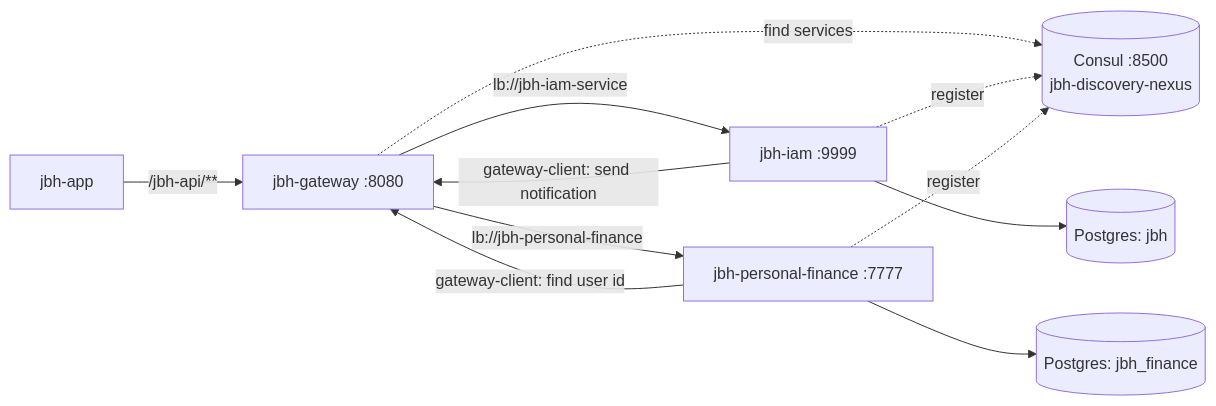
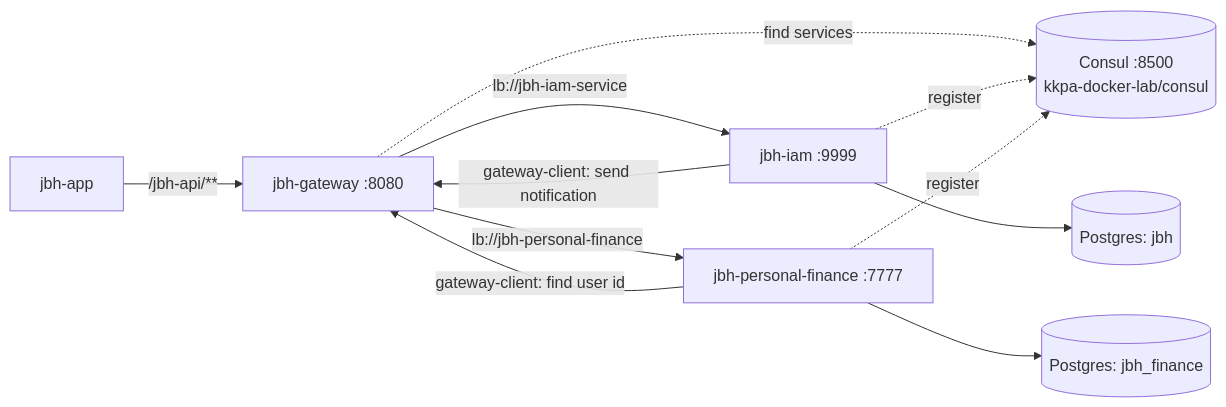
Before and after one commit to kkpa-jbh/jbh-deploy: the diagram in README.md, drawn with Mermaid. The commit also changed other lines of this file and 5 other files, not shown here.

First line of the commit message:
docs: local Consul moved to kkpa-docker-lab

````diff
--- a/README.md
+++ b/README.md
@@ -23,13 +23,13 @@
 ```mermaid
 flowchart LR
     app[jbh-app] -->|/jbh-api/**| gw[jbh-gateway :8080]
     gw -->|lb://jbh-iam-service| iam[jbh-iam :9999]
     gw -->|lb://jbh-personal-finance| pf[jbh-personal-finance :7777]
-    gw -. find services .-> consul[(Consul :8500<br/>jbh-discovery-nexus)]
+    gw -. find services .-> consul[(Consul :8500<br/>kkpa-docker-lab/consul)]
     iam -. register .-> consul
     pf -. register .-> consul
     pf -->|gateway-client: find user id| gw
     iam -->|gateway-client: send notification| gw
     iam --> db1[(Postgres: jbh)]
     pf --> db2[(Postgres: jbh_finance)]
 ```
````
